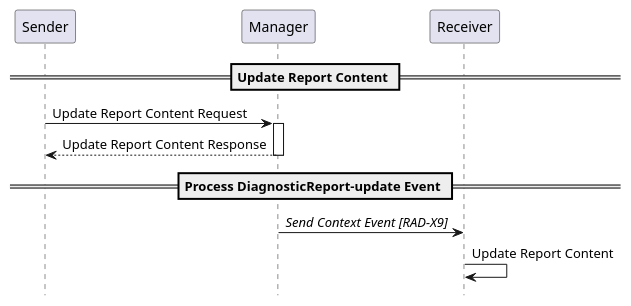
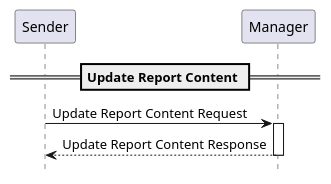
One commit to IHE/RAD.IRA changed the diagram in input/images-source/rad-x5-seq.plantuml. Above: the diagram before and after it, drawn with PlantUML. The commit also changed 3 other files, not shown here.

```diff
--- a/input/images-source/rad-x5-seq.plantuml
+++ b/input/images-source/rad-x5-seq.plantuml
@@ -1,20 +1,15 @@
 @startuml
 
 hide footbox
 
 participant "Sender" as Sender
 participant "Manager" as Manager
-participant "Receiver" as Receiver
 
 == Update Report Content ==
 
 Sender->Manager: Update Report Content Request
 activate Manager
 Manager-->Sender: Update Report Content Response
 deactivate Manager
 
-== Process DiagnosticReport-update Event ==
-Manager->Receiver: //Send Context Event [RAD-X9]//
-Receiver->Receiver: Update Report Content
-
 @enduml
```
